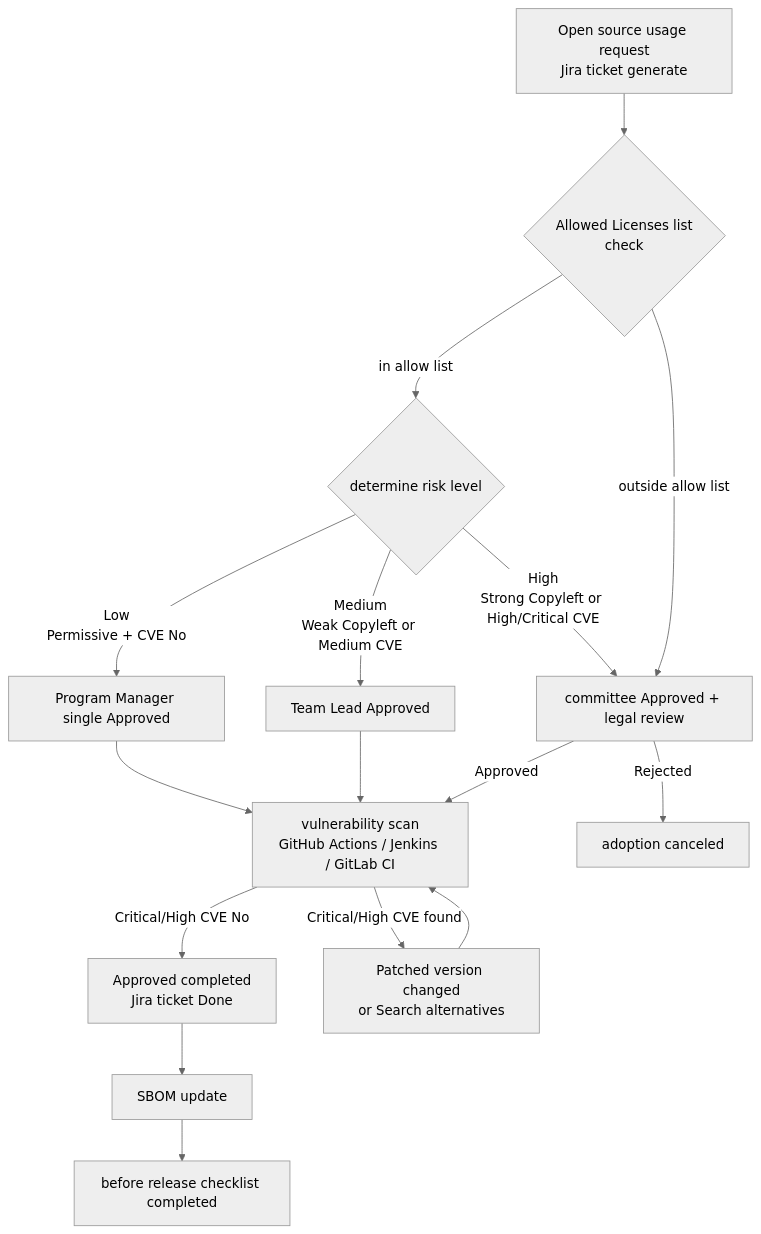
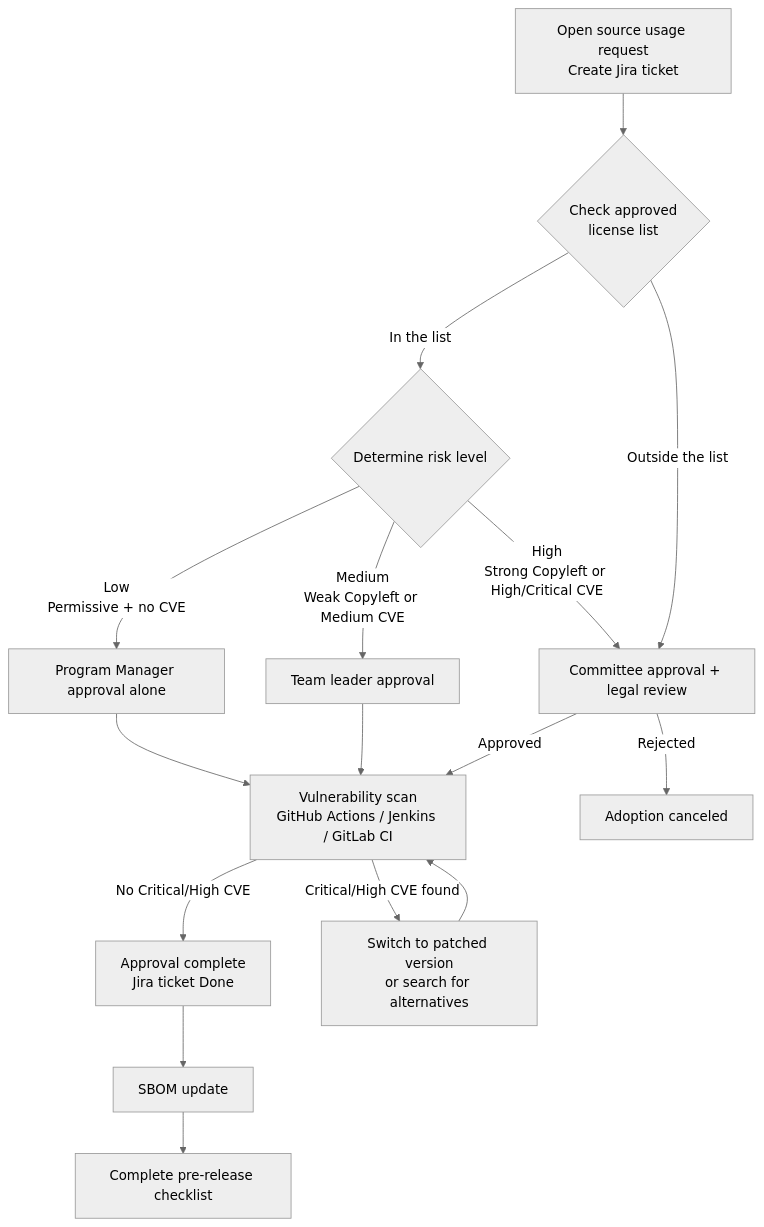
The first of 4 diagrams in website/i18n/en/docusaurus-plugin-content-docs-reference/current/samples/process.md (trustedoss/trustedoss.github.io), drawn with Mermaid (neutral theme) before and after one commit. The commit also changed other lines of this file and 33 other files, not shown here.

````diff
--- a/website/i18n/en/docusaurus-plugin-content-docs-reference/current/samples/process.md
+++ b/website/i18n/en/docusaurus-plugin-content-docs-reference/current/samples/process.md
@@ -550,18 +614,18 @@
 ```mermaid
 graph TD
-    A[Open source usage request\nJira ticket generate] --> B{Allowed Licenses list\ncheck}
-    B -->|in allow list| C{determine risk level}
-    B -->|outside allow list| D[committee Approved + legal review]
-    C -->|Low\nPermissive + CVE No| E[Program Manager single Approved]
-    C -->|Medium\nWeak Copyleft or Medium CVE| F[Team Lead Approved]
+    A[Open source usage request\nCreate Jira ticket] --> B{Check approved\nlicense list}
+    B -->|In the list| C{Determine risk level}
+    B -->|Outside the list| D[Committee approval + legal review]
+    C -->|Low\nPermissive + no CVE| E[Program Manager approval alone]
+    C -->|Medium\nWeak Copyleft or Medium CVE| F[Team leader approval]
     C -->|High\nStrong Copyleft or High/Critical CVE| D
-    D -->|Approved| G[vulnerability scan\nGitHub Actions / Jenkins / GitLab CI]
+    D -->|Approved| G[Vulnerability scan\nGitHub Actions / Jenkins / GitLab CI]
     E --> G
     F --> G
-    G -->|Critical/High CVE No| H[Approved completed\nJira ticket Done]
-    G -->|Critical/High CVE found| I[Patched version changed\nor Search alternatives]
+    G -->|No Critical/High CVE| H[Approval complete\nJira ticket Done]
+    G -->|Critical/High CVE found| I[Switch to patched version\nor search for alternatives]
     I --> G
-    D -->|Rejected| J[adoption canceled]
+    D -->|Rejected| J[Adoption canceled]
     H --> K[SBOM update]
-    K --> L[before release checklist completed]
+    K --> L[Complete pre-release checklist]
 ```
````
